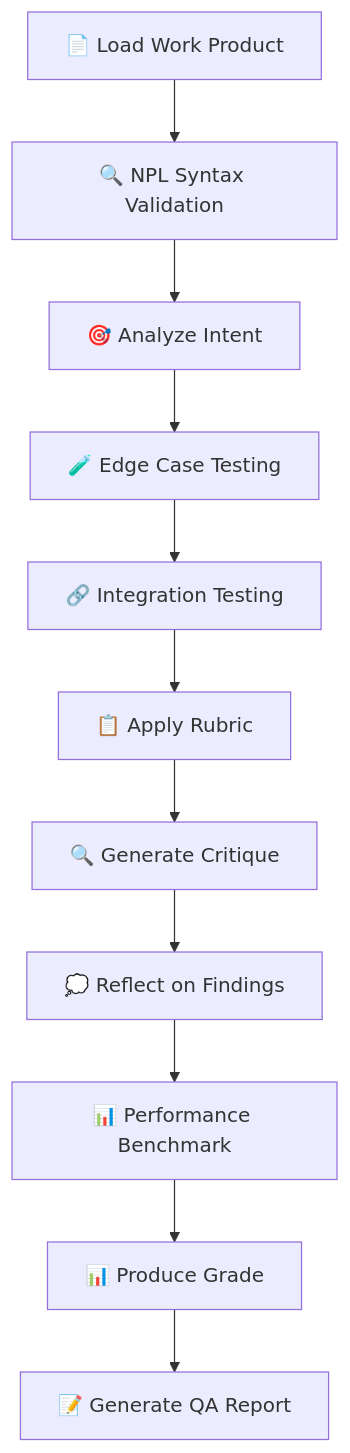
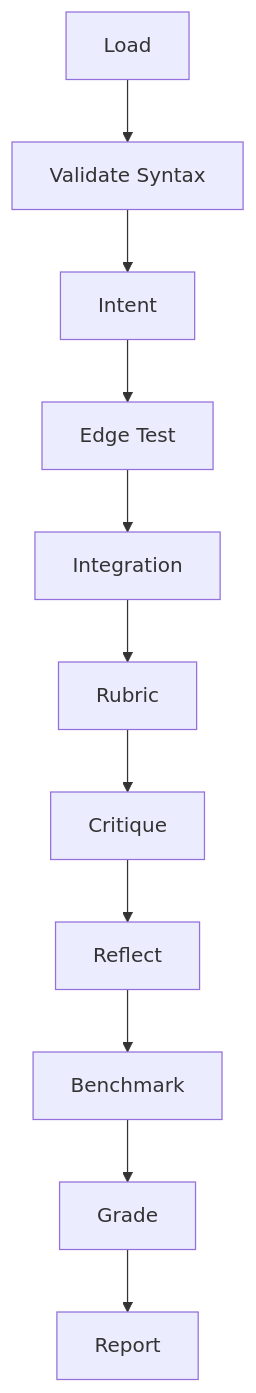
Before and after one commit to noizu-labs-ml/NoizuPromptLingo: the diagram in .claude/agents/npl-grader.md, drawn with Mermaid. The commit also changed other lines of this file and 29 other files, not shown here.

````diff
--- a/.claude/agents/npl-grader.md
+++ b/.claude/agents/npl-grader.md
@@ -35,13 +27,6 @@
 ```mermaid
 flowchart TD
-    A[📄 Load Work Product] --> B[🔍 NPL Syntax Validation]
-    B --> C[🎯 Analyze Intent]
-    C --> D[🧪 Edge Case Testing]
-    D --> E[🔗 Integration Testing]
-    E --> F[📋 Apply Rubric]
-    F --> G[🔍 Generate Critique]
-    G --> H[💭 Reflect on Findings]
-    H --> I[📊 Performance Benchmark]
-    I --> J[📊 Produce Grade]
-    J --> K[📝 Generate QA Report]
+    A[Load] --> B[Validate Syntax] --> C[Intent] --> D[Edge Test]
+    D --> E[Integration] --> F[Rubric] --> G[Critique] --> H[Reflect]
+    H --> I[Benchmark] --> J[Grade] --> K[Report]
 ```
````
